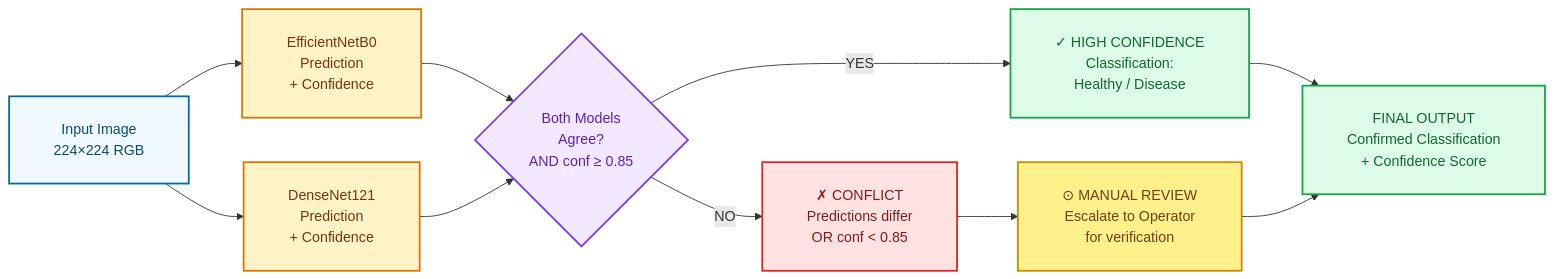
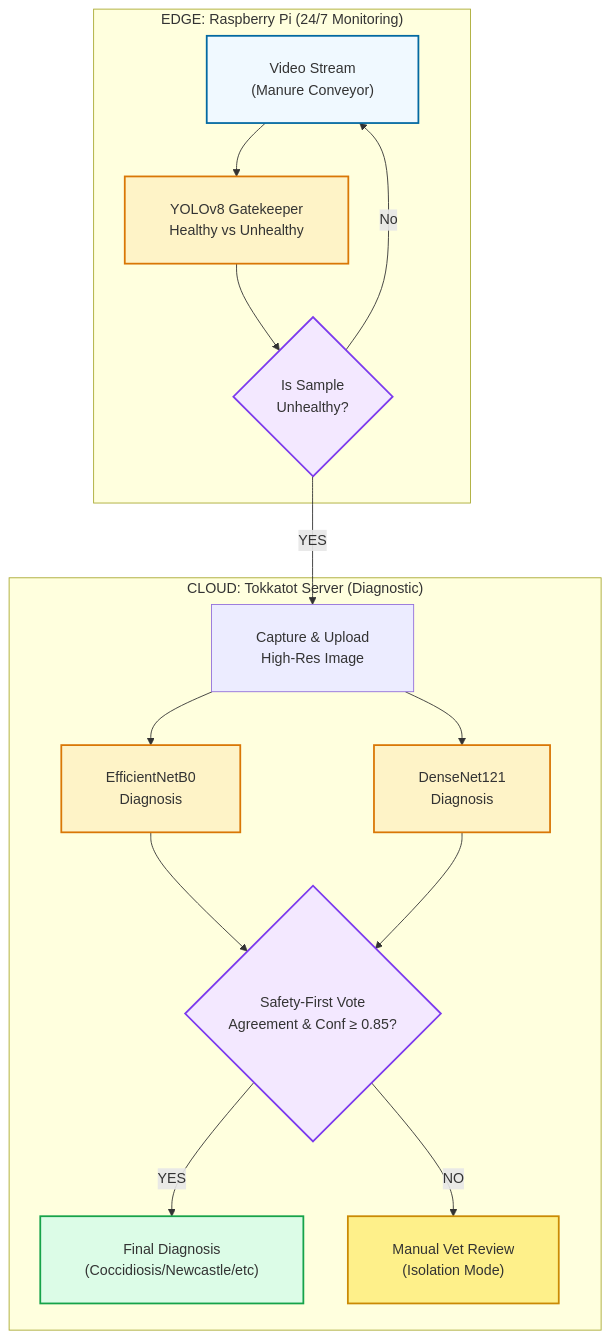
The diagram in development/docs/figures/architecture_clean.mmd (SirOsborn/tokkatot_ai), drawn with Mermaid before and after one commit. The commit also changed 37 other files, not shown here.

```diff
--- a/development/docs/figures/architecture_clean.mmd
+++ b/development/docs/figures/architecture_clean.mmd
@@ -1,36 +1,42 @@
 %%{init: {'flowchart': {'padding': 25, 'nodeSpacing': 50, 'rankSpacing': 60}, 'theme': 'default'}}%%
-graph LR
-    Input["Input Image<br/>224×224 RGB"]
-    
-    M1["EfficientNetB0<br/>Prediction<br/>+ Confidence"]
-    M2["DenseNet121<br/>Prediction<br/>+ Confidence"]
-    
-    Input --> M1
-    Input --> M2
-    
-    Decision{"Both Models<br/>Agree?<br/>AND conf ≥ 0.85"}
-    
-    M1 --> Decision
-    M2 --> Decision
-    
-    Agree["✓ HIGH CONFIDENCE<br/>Classification:<br/>Healthy / Disease"]
-    Disagree["✗ CONFLICT<br/>Predictions differ<br/>OR conf < 0.85"]
-    Review["⊙ MANUAL REVIEW<br/>Escalate to Operator<br/>for verification"]
-    
-    Decision -->|YES| Agree
-    Decision -->|NO| Disagree
-    Disagree --> Review
-    
-    Final["FINAL OUTPUT<br/>Confirmed Classification<br/>+ Confidence Score"]
-    
-    Agree --> Final
-    Review --> Final
-    
-    style Input fill:#f0f9ff,stroke:#0369a1,stroke-width:2px,color:#0c4a6e
-    style M1 fill:#fef3c7,stroke:#d97706,stroke-width:2px,color:#78350f
-    style M2 fill:#fef3c7,stroke:#d97706,stroke-width:2px,color:#78350f
-    style Decision fill:#f3e8ff,stroke:#7c3aed,stroke-width:2px,color:#5b21b6
-    style Agree fill:#dcfce7,stroke:#16a34a,stroke-width:2px,color:#166534
-    style Disagree fill:#fee2e2,stroke:#dc2626,stroke-width:2px,color:#7f1d1d
-    style Review fill:#fef08a,stroke:#ca8a04,stroke-width:2px,color:#713f12
-    style Final fill:#dcfce7,stroke:#16a34a,stroke-width:2px,color:#166534
+graph TD
+    subgraph Edge ["EDGE: Raspberry Pi (24/7 Monitoring)"]
+        Stream["Video Stream<br/>(Manure Conveyor)"]
+        YOLO["YOLOv8 Gatekeeper<br/>Healthy vs Unhealthy"]
+        Decision_Edge{"Is Sample<br/>Unhealthy?"}
+        
+        Stream --> YOLO
+        YOLO --> Decision_Edge
+        Decision_Edge -->|No| Stream
+    end
+
+    subgraph Cloud ["CLOUD: Tokkatot Server (Diagnostic)"]
+        Upload["Capture & Upload<br/>High-Res Image"]
+        
+        M1["EfficientNetB0<br/>Diagnosis"]
+        M2["DenseNet121<br/>Diagnosis"]
+        
+        Decision_Cloud{"Safety-First Vote<br/>Agreement & Conf ≥ 0.85?"}
+        
+        Upload --> M1
+        Upload --> M2
+        M1 --> Decision_Cloud
+        M2 --> Decision_Cloud
+        
+        Result["Final Diagnosis<br/>(Coccidiosis/Newcastle/etc)"]
+        Review["Manual Vet Review<br/>(Isolation Mode)"]
+        
+        Decision_Cloud -->|YES| Result
+        Decision_Cloud -->|NO| Review
+    end
+
+    Decision_Edge -->|YES| Upload
+
+    style Stream fill:#f0f9ff,stroke:#0369a1,stroke-width:2px
+    style YOLO fill:#fef3c7,stroke:#d97706,stroke-width:2px
+    style Decision_Edge fill:#f3e8ff,stroke:#7c3aed,stroke-width:2px
+    style M1 fill:#fef3c7,stroke:#d97706,stroke-width:2px
+    style M2 fill:#fef3c7,stroke:#d97706,stroke-width:2px
+    style Decision_Cloud fill:#f3e8ff,stroke:#7c3aed,stroke-width:2px
+    style Result fill:#dcfce7,stroke:#16a34a,stroke-width:2px
+    style Review fill:#fef08a,stroke:#ca8a04,stroke-width:2px
```
